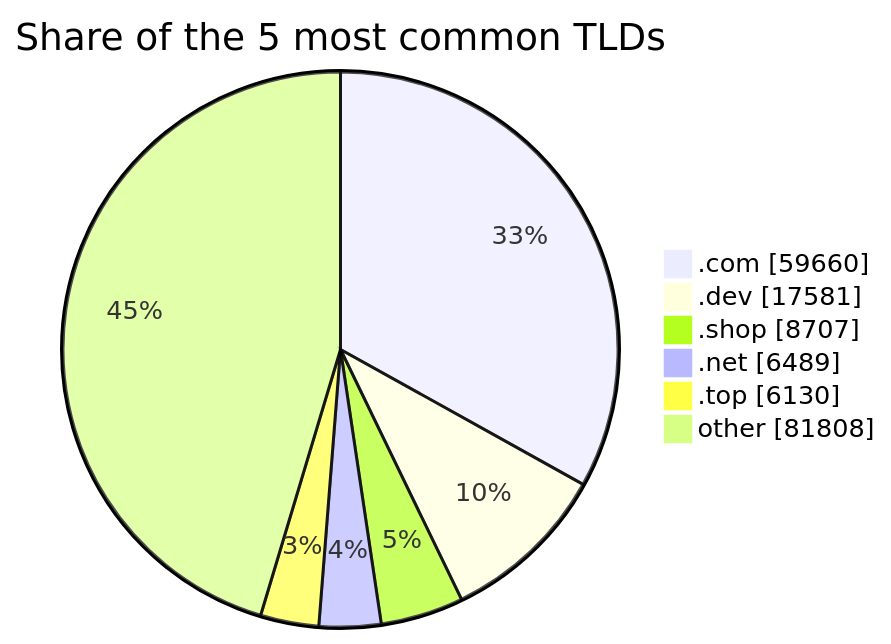
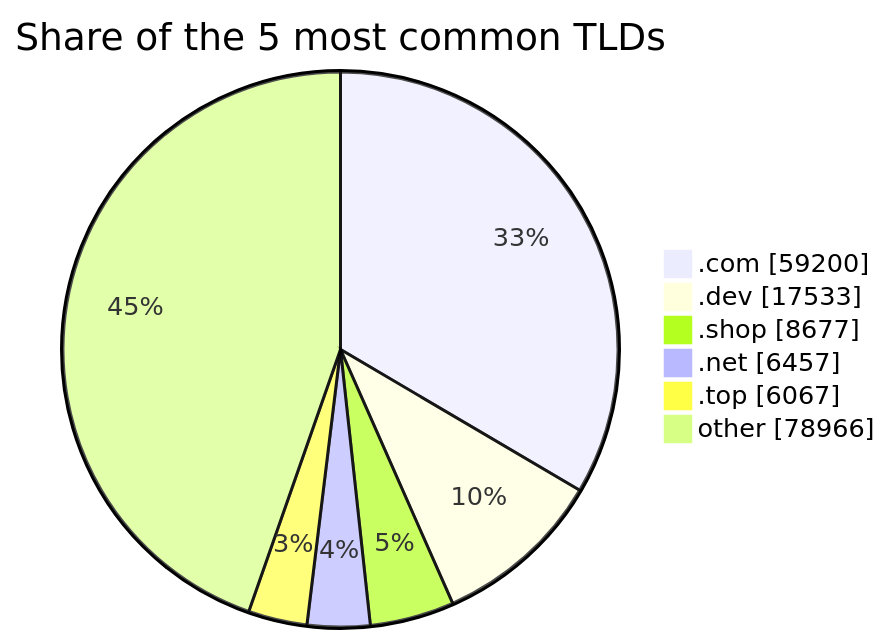
The third of 3 diagrams in README.md (DNSBunker/CTI), drawn with Mermaid before and after one commit. The commit also changed other lines of this file and 3 other files, not shown here.

````diff
--- a/README.md
+++ b/README.md
@@ -81,9 +81,9 @@
 ```mermaid
 pie showData title Share of the 5 most common TLDs
-    ".com" : 59660
-    ".dev" : 17581
-    ".shop" : 8707
-    ".net" : 6489
-    ".top" : 6130
-    "other" : 81808
+    ".com" : 59200
+    ".dev" : 17533
+    ".shop" : 8677
+    ".net" : 6457
+    ".top" : 6067
+    "other" : 78966
 ```
````
